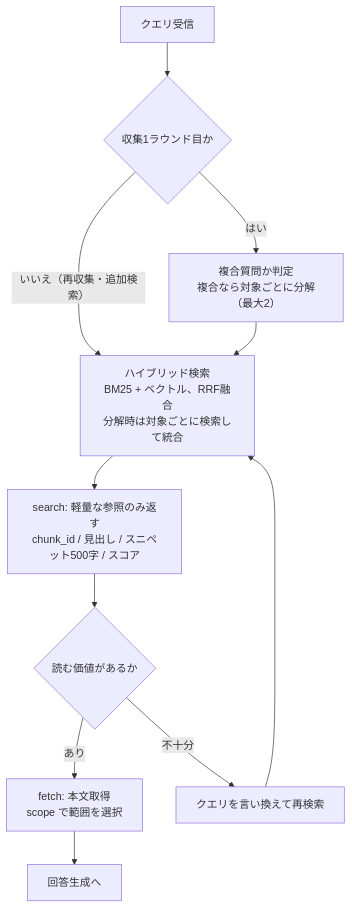
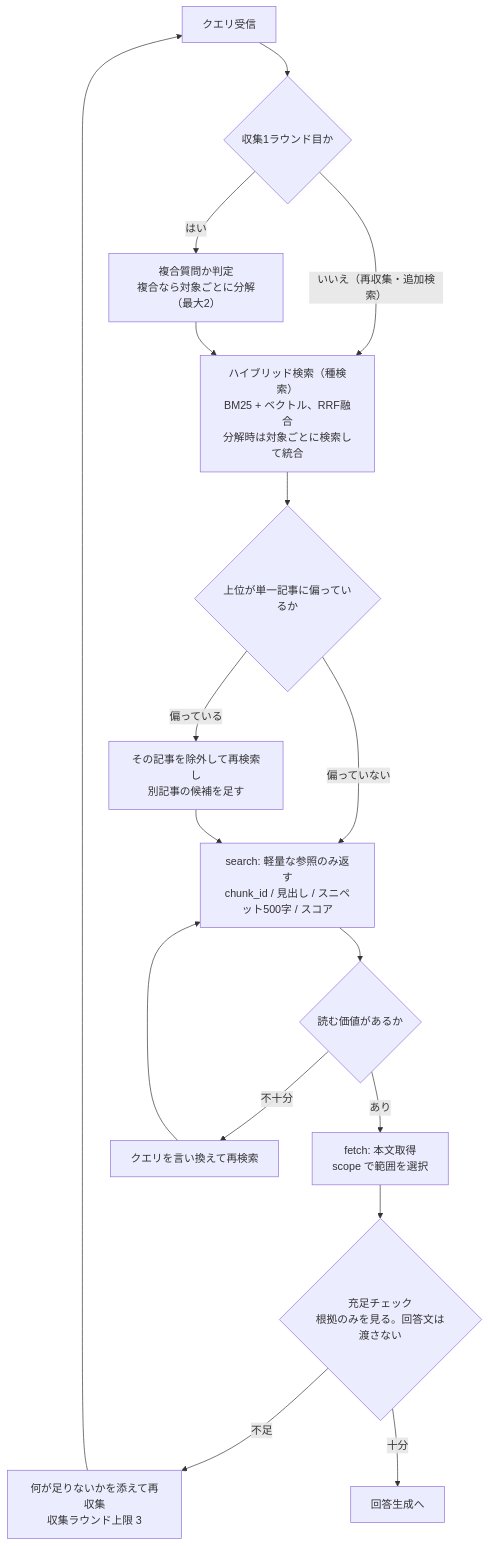
One commit to ryota0051/agentic-rag-lab changed the second of 2 diagrams in docs/architecture.md. Above: the diagram before and after it, drawn with Mermaid. The commit also changed other lines of this file, not shown here.

First line of the commit message:
Sync architecture.md with the current implementation

````diff
--- a/docs/architecture.md
+++ b/docs/architecture.md
@@ -86,13 +95,19 @@
 ```mermaid
 flowchart TD
     A[クエリ受信] --> Z{収集1ラウンド目か}
     Z -->|はい| Y["複合質問か判定<br/>複合なら対象ごとに分解（最大2）"]
     Z -->|いいえ（再収集・追加検索）| B
-    Y --> B["ハイブリッド検索<br/>BM25 + ベクトル、RRF融合<br/>分解時は対象ごとに検索して統合"]
-    B --> C["search: 軽量な参照のみ返す<br/>chunk_id / 見出し / スニペット500字 / スコア"]
+    Y --> B["ハイブリッド検索（種検索）<br/>BM25 + ベクトル、RRF融合<br/>分解時は対象ごとに検索して統合"]
+    B --> B2{上位が単一記事に偏っているか}
+    B2 -->|偏っている| B3["その記事を除外して再検索し<br/>別記事の候補を足す"]
+    B2 -->|偏っていない| C
+    B3 --> C["search: 軽量な参照のみ返す<br/>chunk_id / 見出し / スニペット500字 / スコア"]
     C --> D{読む価値があるか}
     D -->|あり| E["fetch: 本文取得<br/>scope で範囲を選択"]
     D -->|不十分| F[クエリを言い換えて再検索]
-    F --> B
-    E --> G[回答生成へ]
+    F --> C
+    E --> G{"充足チェック<br/>根拠のみを見る。回答文は渡さない"}
+    G -->|不足| H["何が足りないかを添えて再収集<br/>収集ラウンド上限 3"]
+    H --> A
+    G -->|十分| I[回答生成へ]
 ```
````
